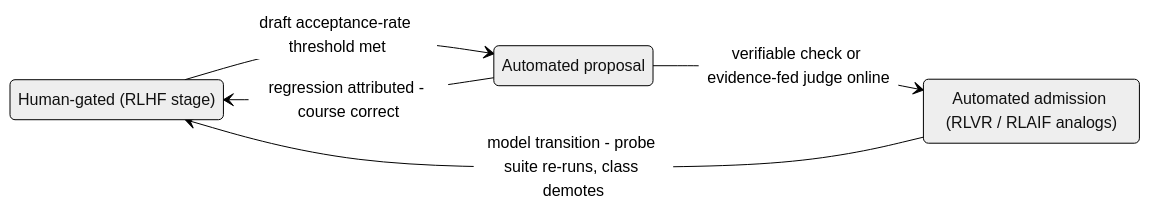
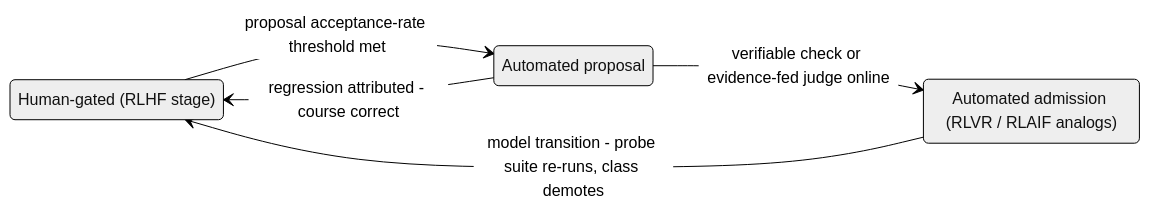
The first of 3 diagrams in docs/paper.md (d3mlabs/ai-flow), drawn with Mermaid (neutral theme) before and after one commit. The commit also changed other lines of this file, not shown here.

First line of the commit message:
Converge paper terminology on "proposal"; add reconsolidation row

````diff
--- a/docs/paper.md
+++ b/docs/paper.md
@@ -238,11 +239,11 @@
 ```mermaid
 stateDiagram-v2
     direction LR
     HumanGated: Human-gated (RLHF stage)
     AutoProposal: Automated proposal
     AutoAdmission: Automated admission (RLVR / RLAIF analogs)
-    HumanGated --> AutoProposal: draft acceptance-rate threshold met
+    HumanGated --> AutoProposal: proposal acceptance-rate threshold met
     AutoProposal --> AutoAdmission: verifiable check or evidence-fed judge online
     AutoAdmission --> HumanGated: model transition - probe suite re-runs, class demotes
     AutoProposal --> HumanGated: regression attributed - course correct
 ```
````
